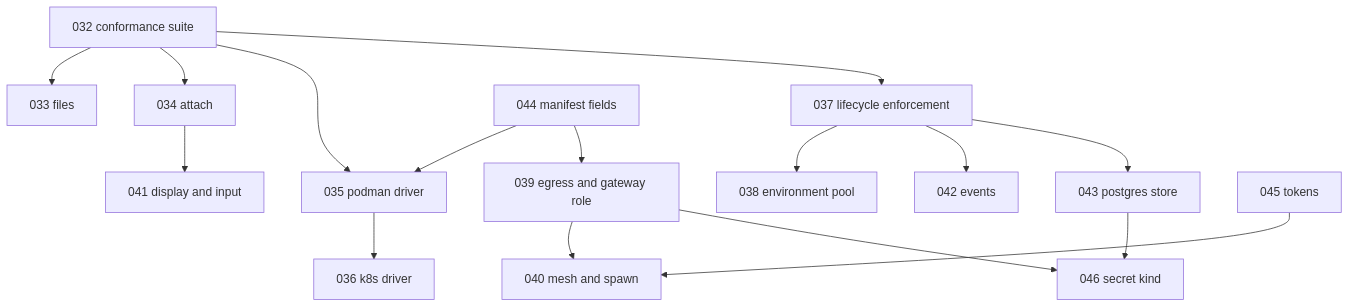
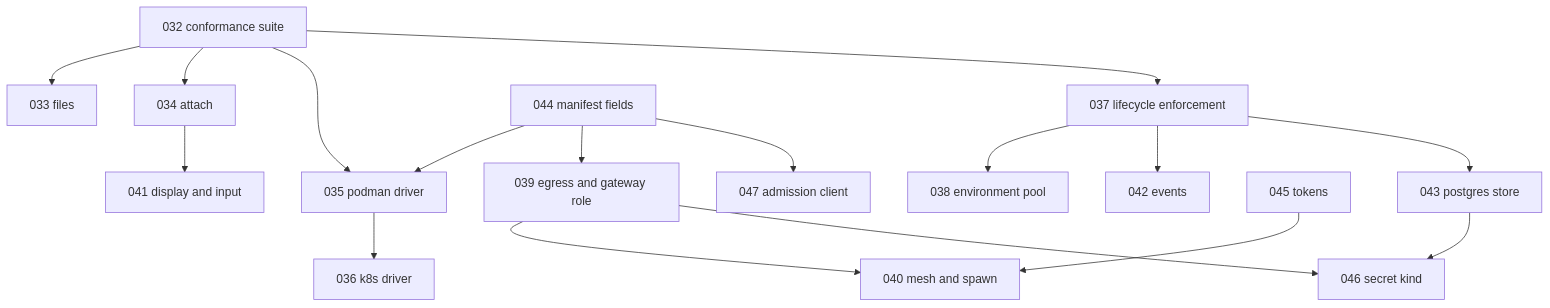
The second of 2 diagrams in specs/031-hosted-sandbox-consolidation.md (latere-ai/cella), drawn with Mermaid before and after one commit. The commit also changed other lines of this file, not shown here.

Commit message:
specs: 031 cutover critical path and the admission client slice

````diff
--- a/specs/031-hosted-sandbox-consolidation.md
+++ b/specs/031-hosted-sandbox-consolidation.md
@@ -158,18 +159,19 @@
 ```mermaid
 flowchart TB
   S032[032 conformance suite] --> S033[033 files]
   S032 --> S034[034 attach]
   S032 --> S035[035 podman driver]
   S035 --> S036[036 k8s driver]
   S032 --> S037[037 lifecycle enforcement]
   S037 --> S038[038 environment pool]
   S044[044 manifest fields] --> S035
   S044 --> S039[039 egress and gateway role]
   S039 --> S040[040 mesh and spawn]
   S034 --> S041[041 display and input]
   S037 --> S042[042 events]
   S037 --> S043[043 postgres store]
   S045[045 tokens] --> S040
   S039 --> S046[046 secret kind]
   S043 --> S046
+  S044 --> S047[047 admission client]
 ```
````
